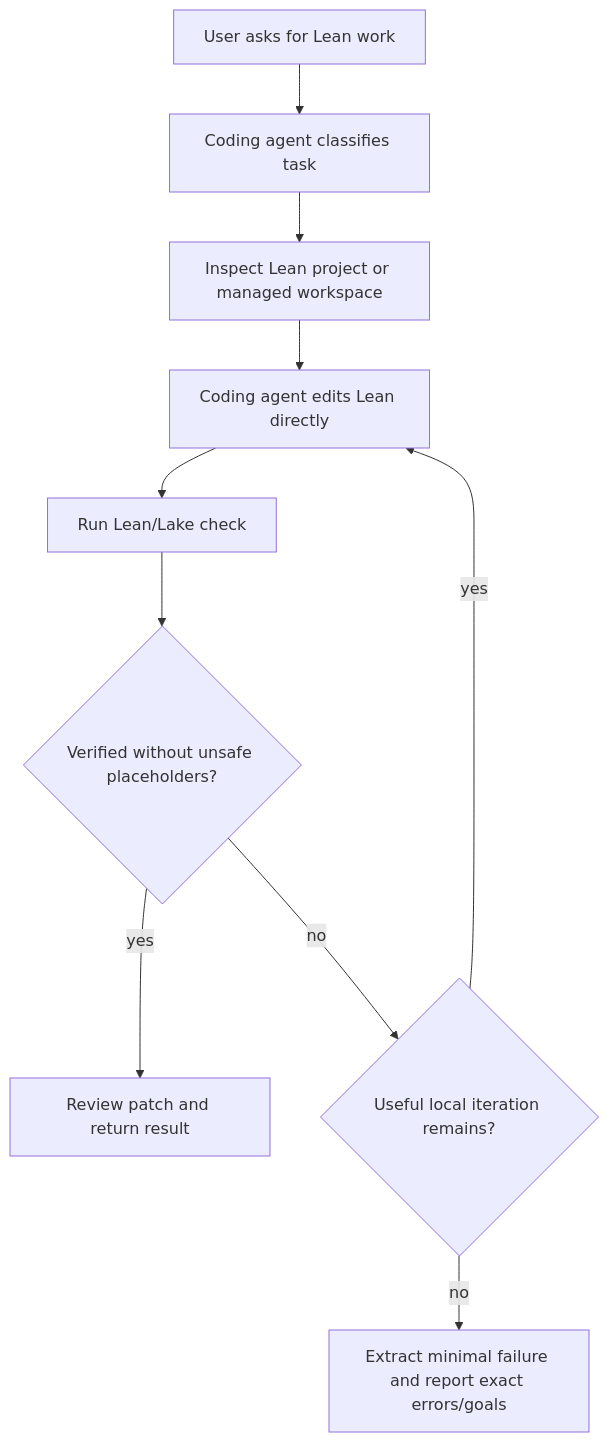
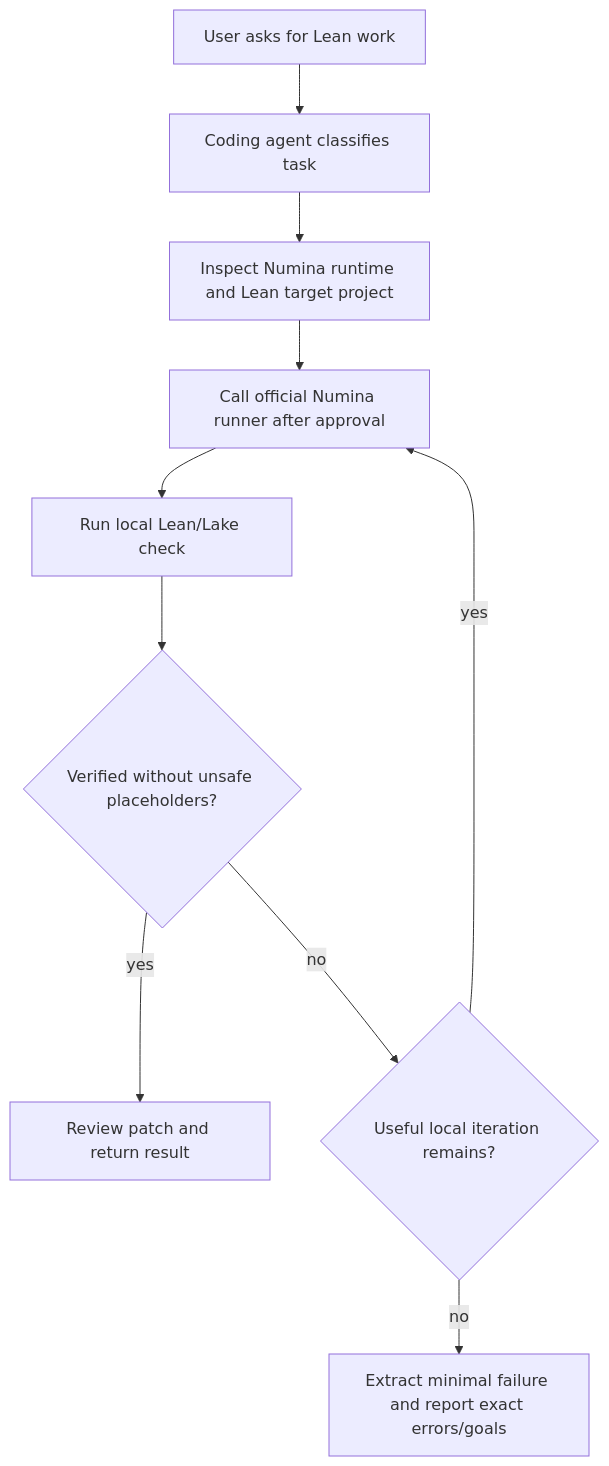
Before and after one commit to VeryMath/AI4Math-Lean-Agents: the diagram in skills/AI4Math-Lean-Agents/references/numina_reverse_analysis.md, drawn with Mermaid. The commit also changed other lines of this file and 23 other files, not shown here.

Commit message:
Make Numina the default Lean Agent

````diff
--- a/skills/AI4Math-Lean-Agents/references/numina_reverse_analysis.md
+++ b/skills/AI4Math-Lean-Agents/references/numina_reverse_analysis.md
@@ -38,12 +38,12 @@
 ```mermaid
 flowchart TD
   A["User asks for Lean work"] --> B["Coding agent classifies task"]
-  B --> C["Inspect Lean project or managed workspace"]
-  C --> D["Coding agent edits Lean directly"]
-  D --> E["Run Lean/Lake check"]
+  B --> C["Inspect Numina runtime and Lean target project"]
+  C --> D["Call official Numina runner after approval"]
+  D --> E["Run local Lean/Lake check"]
   E --> F{"Verified without unsafe placeholders?"}
   F -->|yes| G["Review patch and return result"]
   F -->|no| H{"Useful local iteration remains?"}
   H -->|yes| D
   H -->|no| I["Extract minimal failure and report exact errors/goals"]
 ```
````
